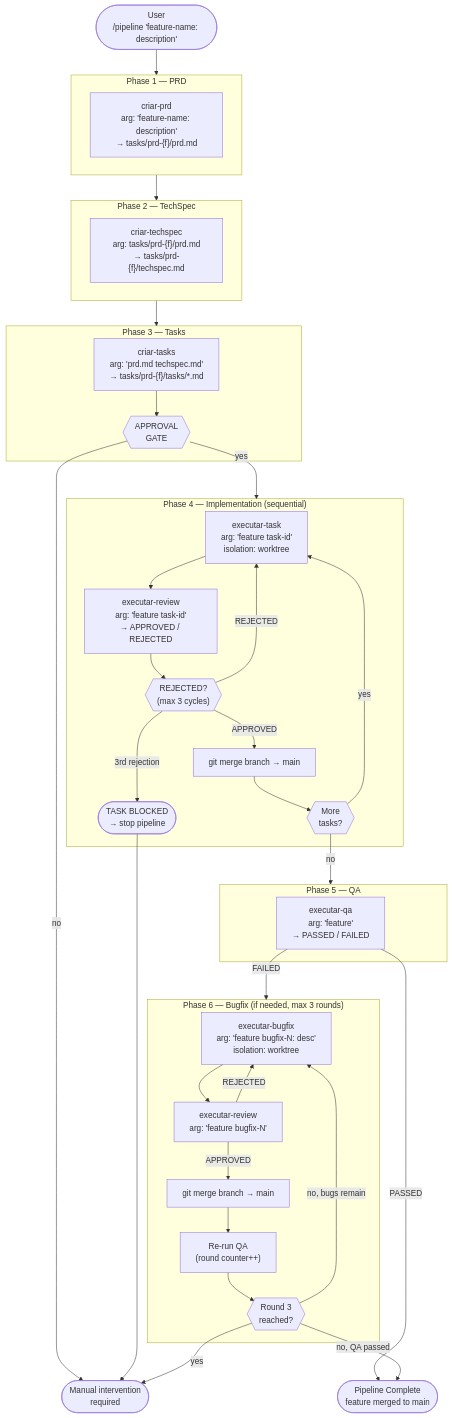
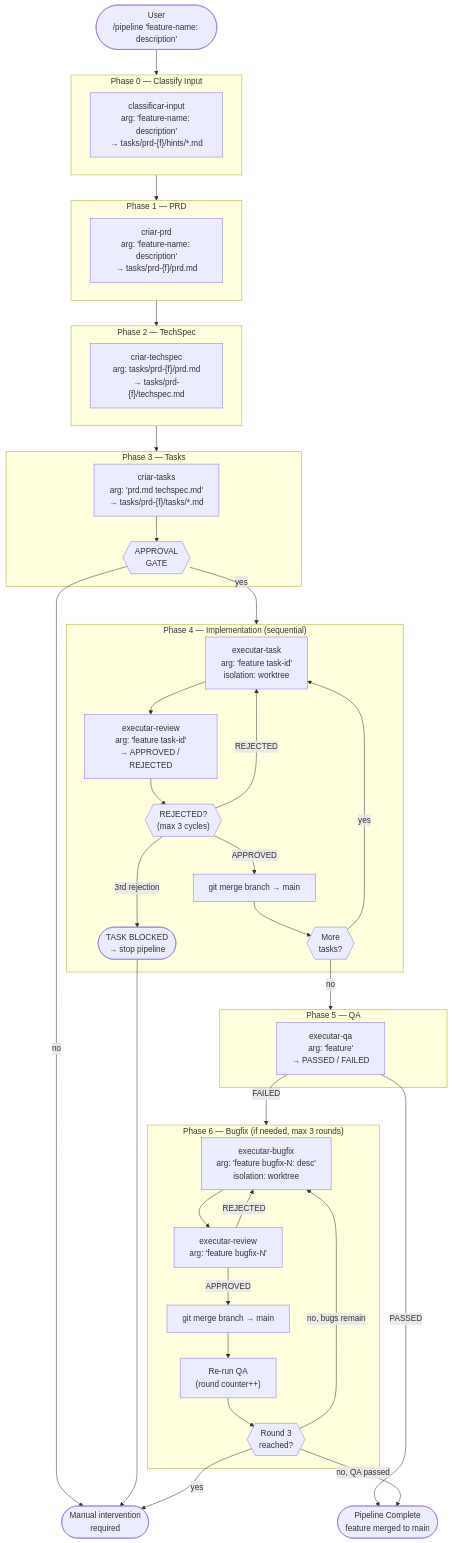
One commit to vmourac/agent-pipeline changed the diagram in README.md. Above: the diagram before and after it, drawn with Mermaid. The commit also changed other lines of this file and 2 other files, not shown here.

Commit message:
docs: add Classifier Agent to READMEs and create .claude/README.md
- Update root README.md: add /classificar-input command, Phase 0 in workflow diagram, Classifier Agent in Copilot agents table
- Update .copilot/README.md: add Phase 0, Classifier Agent row, update differences table command naming
- Create .claude/README.md: full reference for the Claude Code commands folder

````diff
--- a/README.md
+++ b/README.md
@@ -44,70 +45,75 @@
 ```mermaid
 flowchart TD
     User(["User<br>/pipeline 'feature-name: description'"])
+
+    subgraph Phase0["Phase 0 — Classify Input"]
+        CLASSIFY["classificar-input<br>arg: 'feature-name: description'<br>→ tasks/prd-{f}/hints/*.md"]
+    end
 
     subgraph Phase1["Phase 1 — PRD"]
         PRD["criar-prd<br>arg: 'feature-name: description'<br>→ tasks/prd-{f}/prd.md"]
     end
 
     subgraph Phase2["Phase 2 — TechSpec"]
         TECH["criar-techspec<br>arg: tasks/prd-{f}/prd.md<br>→ tasks/prd-{f}/techspec.md"]
     end
 
     subgraph Phase3["Phase 3 — Tasks"]
         TASKS["criar-tasks<br>arg: 'prd.md techspec.md'<br>→ tasks/prd-{f}/tasks/*.md"]
         GATE{{"APPROVAL<br>GATE"}}
     end
 
     subgraph Phase4["Phase 4 — Implementation (sequential)"]
         TASK["executar-task<br>arg: 'feature task-id'<br>isolation: worktree"]
         REVIEW["executar-review<br>arg: 'feature task-id'<br>→ APPROVED / REJECTED"]
         LOOP{{"REJECTED?<br>(max 3 cycles)"}}
         BLOCKED(["TASK BLOCKED<br>→ stop pipeline"])
         MERGE["git merge branch → main"]
         NEXT{{"More<br>tasks?"}}
     end
 
     subgraph Phase5["Phase 5 — QA"]
         QA["executar-qa<br>arg: 'feature'<br>→ PASSED / FAILED"]
     end
 
     subgraph Phase6["Phase 6 — Bugfix (if needed, max 3 rounds)"]
         BUGFIX["executar-bugfix<br>arg: 'feature bugfix-N: desc'<br>isolation: worktree"]
         BREVIEW["executar-review<br>arg: 'feature bugfix-N'"]
         BMERGE["git merge branch → main"]
         REQA["Re-run QA<br>(round counter++)"]
         MAXQA{{"Round 3<br>reached?"}}
     end
 
     DONE(["Pipeline Complete<br>feature merged to main"])
     MANUAL(["Manual intervention<br>required"])
 
-    User --> Phase1
+    User --> Phase0
+    Phase0 --> Phase1
     Phase1 --> Phase2
     Phase2 --> Phase3
     TASKS --> GATE
     GATE -- "yes" --> Phase4
     GATE -- "no" --> MANUAL
 
     TASK --> REVIEW
     REVIEW --> LOOP
     LOOP -- "APPROVED" --> MERGE
     LOOP -- "REJECTED" --> TASK
     LOOP -- "3rd rejection" --> BLOCKED
     BLOCKED --> MANUAL
     MERGE --> NEXT
     NEXT -- "yes" --> TASK
     NEXT -- "no" --> Phase5
 
     QA -- "PASSED" --> DONE
     QA -- "FAILED" --> Phase6
 
     BUGFIX --> BREVIEW
     BREVIEW -- "APPROVED" --> BMERGE
     BREVIEW -- "REJECTED" --> BUGFIX
     BMERGE --> REQA
     REQA --> MAXQA
     MAXQA -- "no, QA passed" --> DONE
     MAXQA -- "no, bugs remain" --> BUGFIX
     MAXQA -- "yes" --> MANUAL
 ```
````
